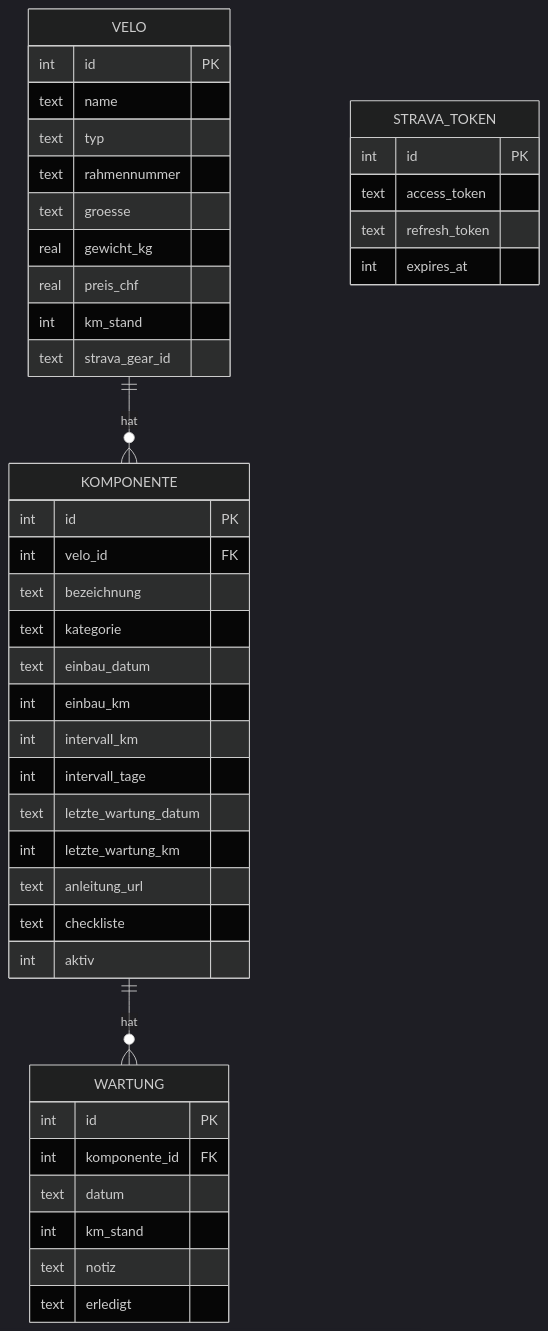
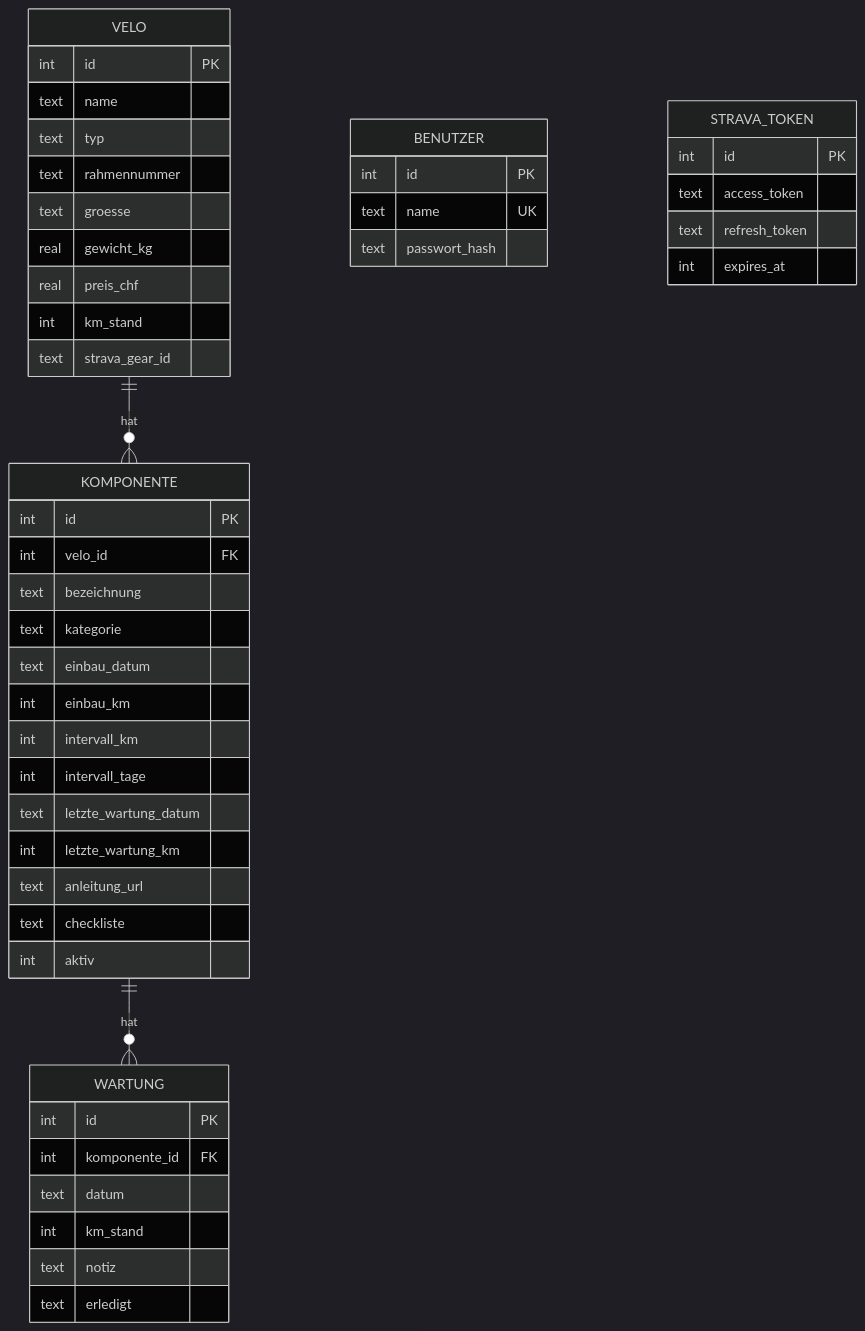
Before and after one commit to GNUEK/py_webapp_bern: the second of 5 diagrams in docs/architektur.md, drawn with Mermaid (dark theme). The commit also changed other lines of this file, not shown here.

````diff
--- a/docs/architektur.md
+++ b/docs/architektur.md
@@ -52,46 +59,51 @@
 ```mermaid
 erDiagram
     VELO ||--o{ KOMPONENTE : hat
     KOMPONENTE ||--o{ WARTUNG : hat
 
     VELO {
         int id PK
         text name
         text typ
         text rahmennummer
         text groesse
         real gewicht_kg
         real preis_chf
         int km_stand
         text strava_gear_id
     }
     KOMPONENTE {
         int id PK
         int velo_id FK
         text bezeichnung
         text kategorie
         text einbau_datum
         int einbau_km
         int intervall_km
         int intervall_tage
         text letzte_wartung_datum
         int letzte_wartung_km
         text anleitung_url
         text checkliste
         int aktiv
     }
     WARTUNG {
         int id PK
         int komponente_id FK
         text datum
         int km_stand
         text notiz
         text erledigt
     }
+    BENUTZER {
+        int id PK
+        text name UK
+        text passwort_hash
+    }
     STRAVA_TOKEN {
         int id PK
         text access_token
         text refresh_token
         int expires_at
     }
 ```
````
